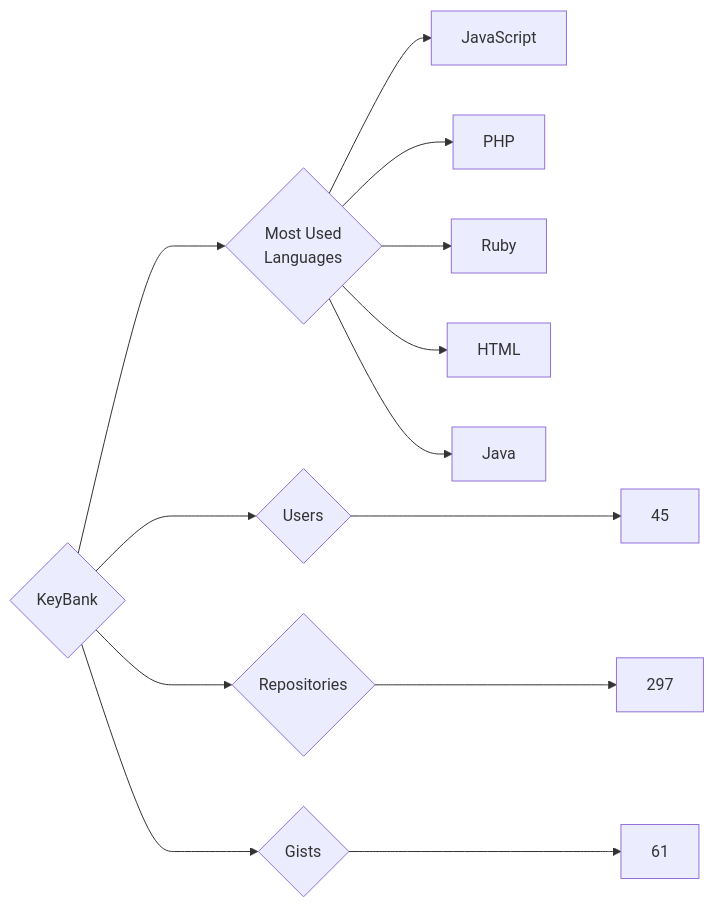
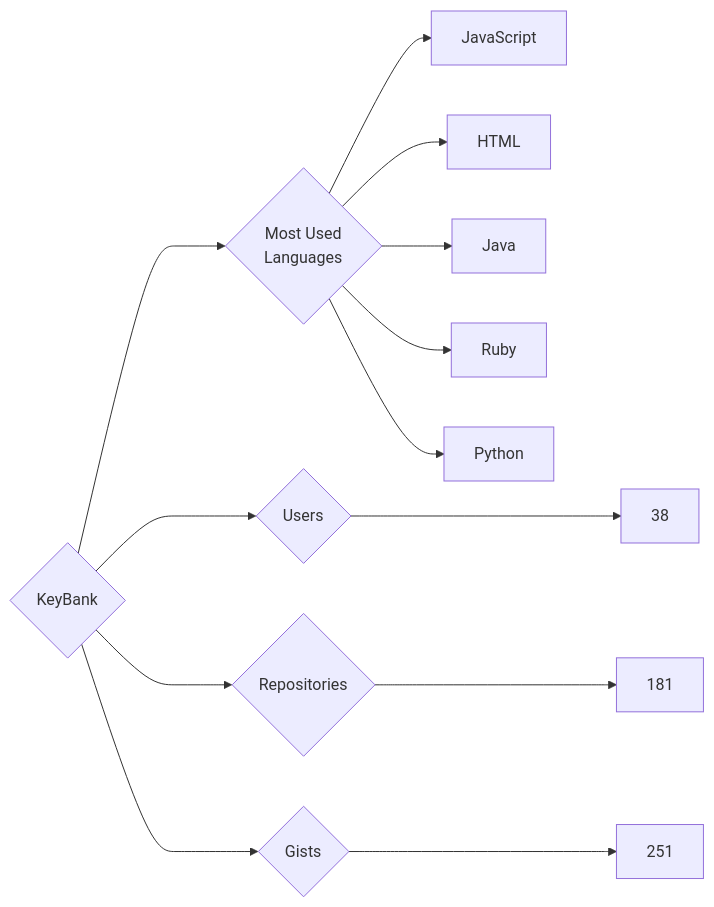
Before and after one commit to trickest/insiders: the diagram in targets/KeyBank/README.md, drawn with Mermaid. The commit also changed 786 other files, not shown here.

````diff
--- a/targets/KeyBank/README.md
+++ b/targets/KeyBank/README.md
@@ -3,13 +3,13 @@
 ```mermaid
 graph LR
 COMPANY_NAME{KeyBank}
-COMPANY_NAME ---> U{Users} ---> UN[45]
-COMPANY_NAME ---> R{Repositories} ---> RN[297]
-COMPANY_NAME ---> G{Gists} ---> GN[61]
+COMPANY_NAME ---> U{Users} ---> UN[38]
+COMPANY_NAME ---> R{Repositories} ---> RN[181]
+COMPANY_NAME ---> G{Gists} ---> GN[251]
 COMPANY_NAME ---> ML{Most Used<br>Languages}
 ML --> JavaScript[JavaScript]
-ML --> PHP[PHP]
-ML --> Ruby[Ruby]
 ML --> HTML[HTML]
 ML --> Java[Java]
+ML --> Ruby[Ruby]
+ML --> Python[Python]
 ```
````
